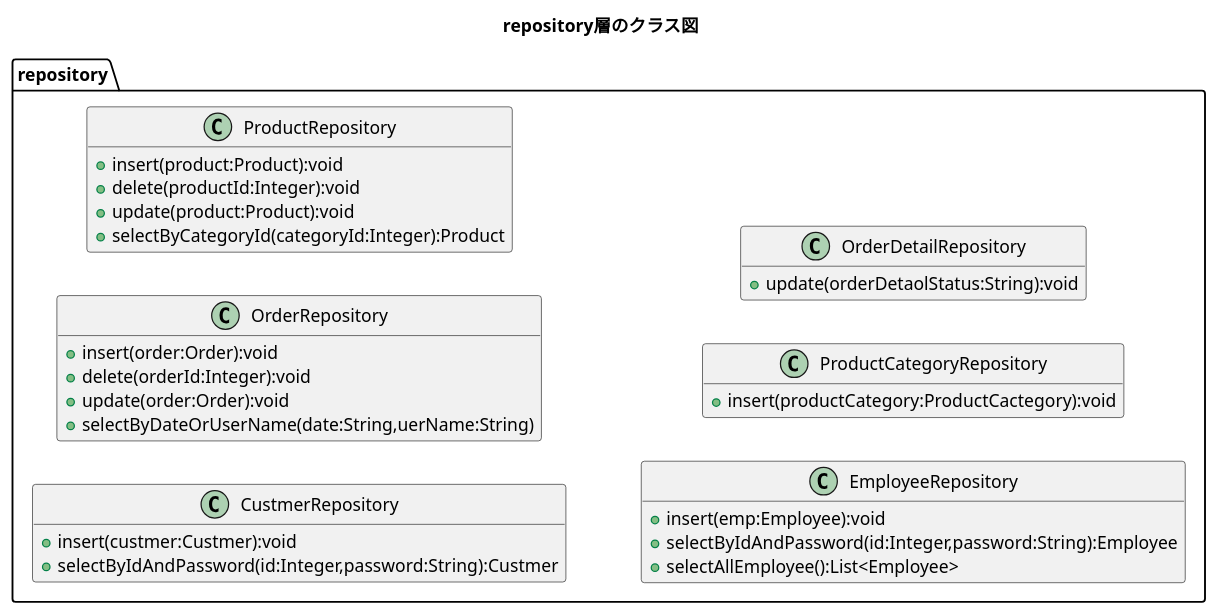
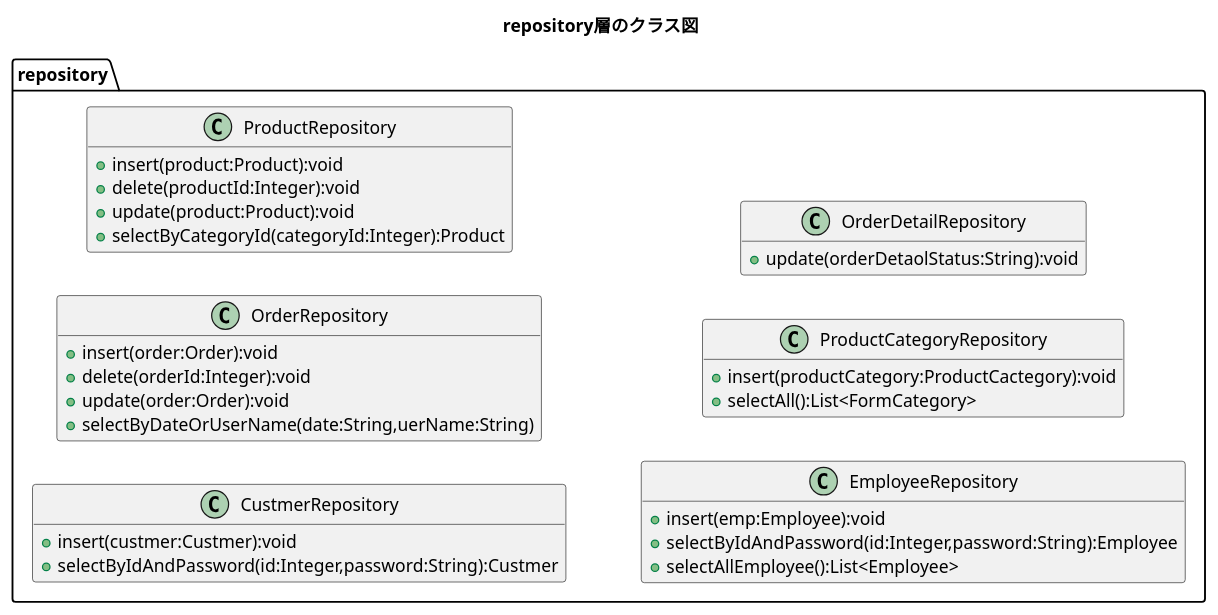
Before and after one commit to kanavii3333/ec-b: the diagram in plan/uml/class/repository.plantuml, drawn with PlantUML. The commit also changed 2 other files, not shown here.

Commit message:
repository,service,uc009plantumlの更新

```diff
--- a/plan/uml/class/repository.plantuml
+++ b/plan/uml/class/repository.plantuml
@@ -1,40 +1,41 @@
 @startuml
 title repository層のクラス図
 hide empty members
 left to right direction
 
 package repository{
     class CustmerRepository{
         +insert(custmer:Custmer):void
         +selectByIdAndPassword(id:Integer,password:String):Custmer
     }
 
     class OrderRepository{
         +insert(order:Order):void
         +delete(orderId:Integer):void
         +update(order:Order):void
         +selectByDateOrUserName(date:String,uerName:String)
     }
 
     class ProductRepository{
         +insert(product:Product):void
         +delete(productId:Integer):void
         +update(product:Product):void
         +selectByCategoryId(categoryId:Integer):Product
     }
 
     class EmployeeRepository{
         +insert(emp:Employee):void
         +selectByIdAndPassword(id:Integer,password:String):Employee
         +selectAllEmployee():List<Employee>
     }
 
     class ProductCategoryRepository{
         +insert(productCategory:ProductCactegory):void
+        +selectAll():List<FormCategory>
     }
 
     class OrderDetailRepository{
         +update(orderDetaolStatus:String):void
     }
 }
 @enduml
```
